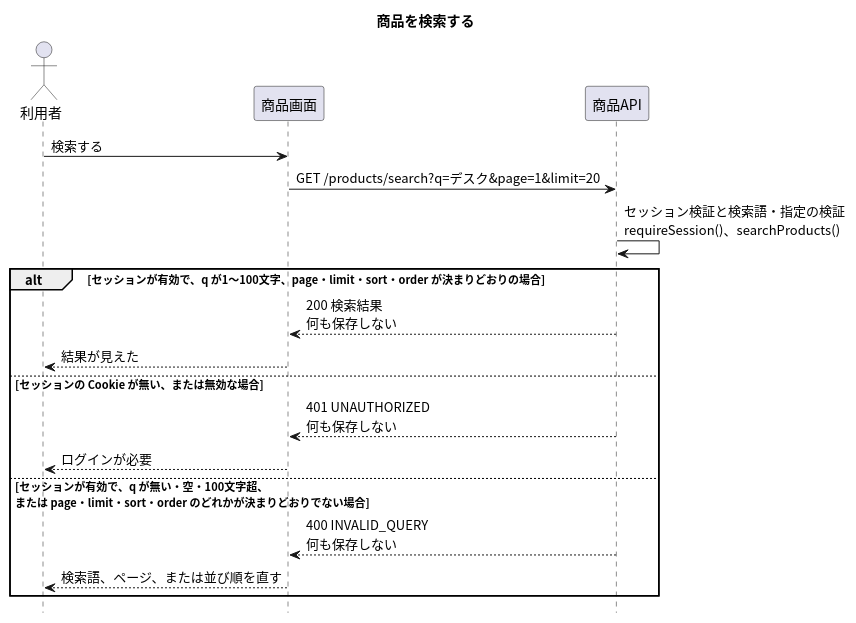
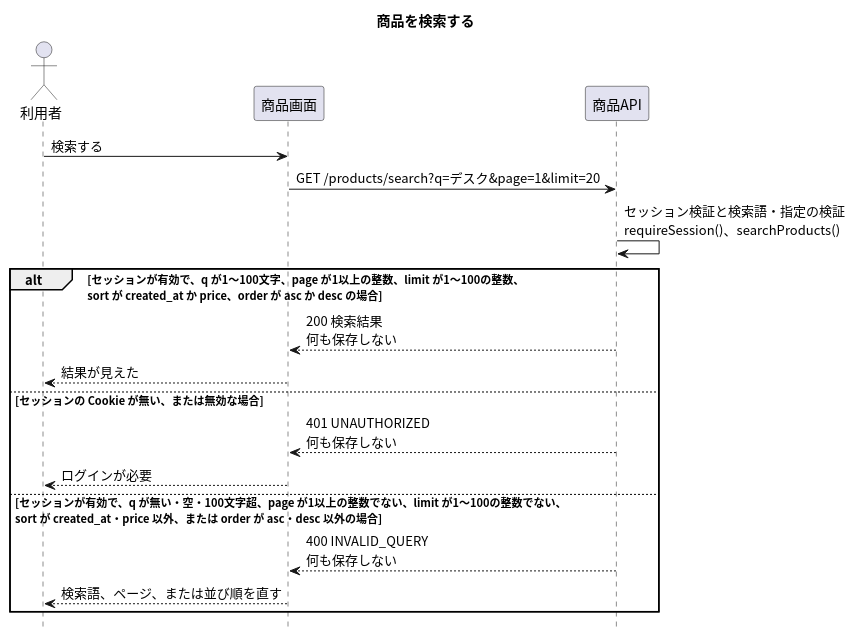
One commit to masamasamasato/design-doc-template changed the diagram in apis/search-products/入口.puml. Above: the diagram before and after it, drawn with PlantUML. The commit also changed 17 other files, not shown here.

```diff
--- a/apis/search-products/入口.puml
+++ b/apis/search-products/入口.puml
@@ -1,27 +1,27 @@
 @startuml
 skinparam shadowing false
 skinparam defaultFontName "Noto Sans CJK JP"
 skinparam SequenceFontName "Noto Sans CJK JP"
 skinparam NoteBackgroundColor #FFFFCC
 hide footbox
 
 title 商品を検索する
 
 actor "利用者" as User
 participant "商品画面" as Screen
 participant "商品API" as API
 
 User -> Screen : 検索する
 Screen -> API : GET /products/search?q=デスク&page=1&limit=20
 API -> API : セッション検証と検索語・指定の検証\nrequireSession()、searchProducts()
-alt セッションが有効で、q が1〜100文字、page・limit・sort・order が決まりどおりの場合
+alt セッションが有効で、q が1〜100文字、page が1以上の整数、limit が1〜100の整数、\nsort が created_at か price、order が asc か desc の場合
   API --> Screen : 200 検索結果\n何も保存しない
   Screen --> User : 結果が見えた
 else セッションの Cookie が無い、または無効な場合
   API --> Screen : 401 UNAUTHORIZED\n何も保存しない
   Screen --> User : ログインが必要
-else セッションが有効で、q が無い・空・100文字超、\nまたは page・limit・sort・order のどれかが決まりどおりでない場合
+else セッションが有効で、q が無い・空・100文字超、page が1以上の整数でない、limit が1〜100の整数でない、\nsort が created_at・price 以外、または order が asc・desc 以外の場合
   API --> Screen : 400 INVALID_QUERY\n何も保存しない
   Screen --> User : 検索語、ページ、または並び順を直す
 end
 @enduml
```
